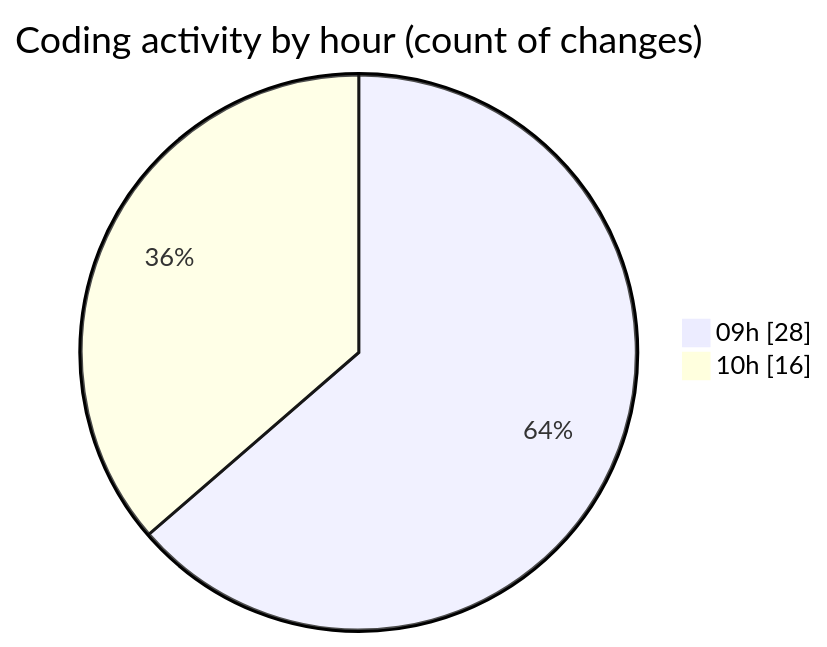
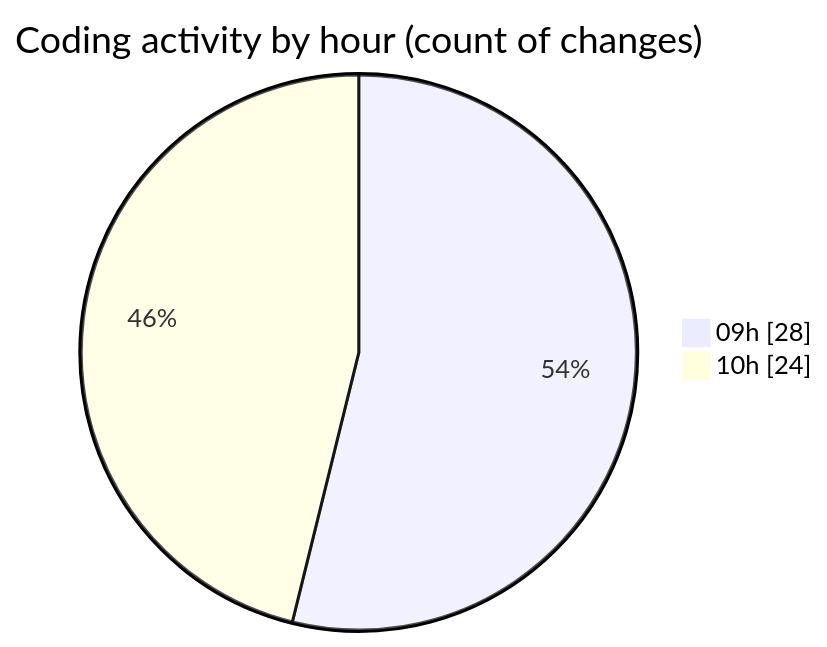
The second of 2 diagrams in 2026-07-30/cda/README.md (momahboobian/code-tracking), drawn with Mermaid before and after one commit. The commit also changed other lines of this file and 1 other file, not shown here.

````diff
--- a/2026-07-30/cda/README.md
+++ b/2026-07-30/cda/README.md
@@ -58,6 +58,6 @@
 ```mermaid
 pie showData
 title Coding activity by hour (count of changes)
 "09h" : 28
-"10h" : 16
+"10h" : 24
 ```
````
